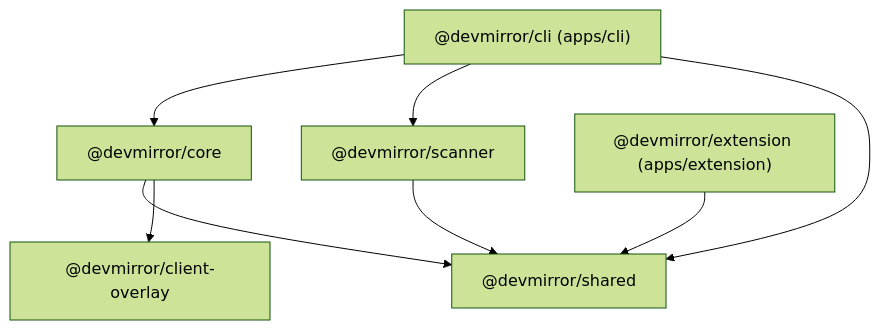
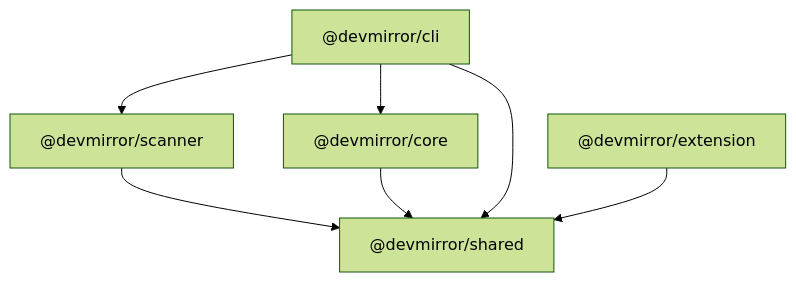
One commit to CrysPy-SAM/DevMirror changed the first of 4 diagrams in docs/ARCHITECTURE.md. Above: the diagram before and after it, drawn with Mermaid (forest theme). The commit also changed other lines of this file and 5 other files, not shown here.

````diff
--- a/docs/ARCHITECTURE.md
+++ b/docs/ARCHITECTURE.md
@@ -95,17 +27,15 @@
 ```mermaid
 graph TD
     shared["@devmirror/shared"]
-    clientOverlay["@devmirror/client-overlay"]
     scanner["@devmirror/scanner"]
     core["@devmirror/core"]
-    cli["@devmirror/cli (apps/cli)"]
-    extension["@devmirror/extension (apps/extension)"]
+    cli["@devmirror/cli"]
+    extension["@devmirror/extension"]
 
+    scanner --> shared
     core --> shared
-    core --> clientOverlay
-    scanner --> shared
+    cli --> shared
+    cli --> scanner
     cli --> core
-    cli --> scanner
-    cli --> shared
     extension --> shared
 ```
````
